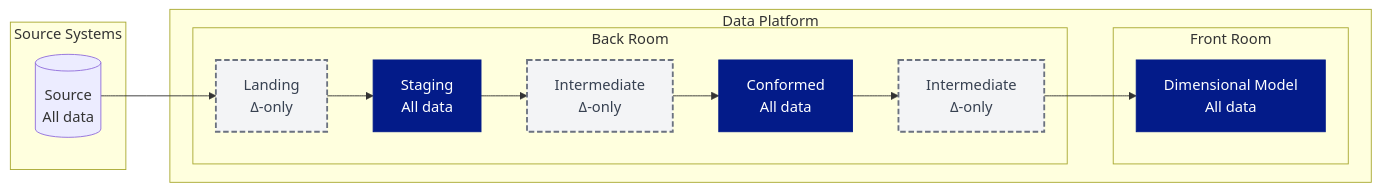
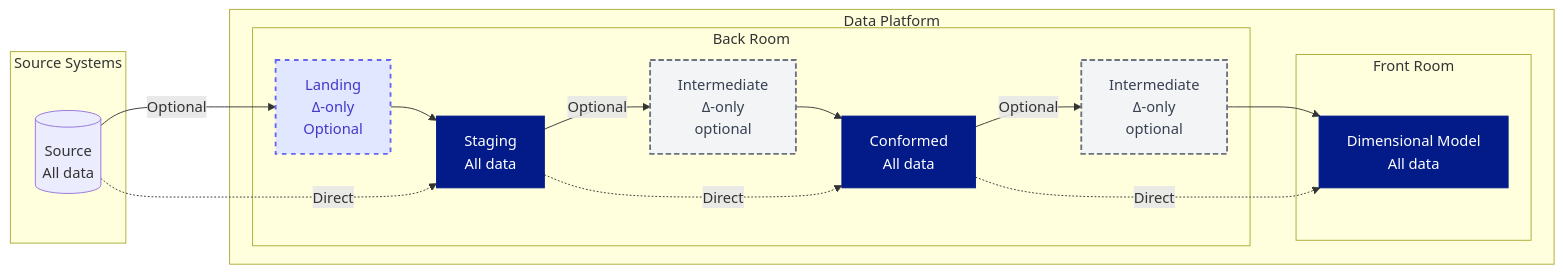
Before and after one commit to PlainsightPro/Vision-Playbook: the second of 3 diagrams in Technical Guideline Ops/Architectural Principles/Data Layers and Modeling.md, drawn with Mermaid. The commit also changed other lines of this file and 6 other files, not shown here.

````diff
--- a/Technical Guideline Ops/Architectural Principles/Data Layers and Modeling.md
+++ b/Technical Guideline Ops/Architectural Principles/Data Layers and Modeling.md
@@ -81,35 +81,39 @@
 ```mermaid
 %%{init: { "flowchart": { "useMaxWidth": true } }}%%
 graph LR
 	subgraph Source Systems
 		S[(Source<br/>All data)]
 	end
 
     subgraph Data Platform
         subgraph Back Room
-            L[Landing<br/>Δ-only]:::delta
+            L[Landing<br/>Δ-only<br/>Optional]:::optional
             B[Staging<br/>All data]:::all
-            M1[Intermediate<br/>Δ-only]:::delta
+            M1[Intermediate<br/>Δ-only<br>optional]:::delta
             CONF[Conformed<br/>All data]:::all
-            M2[Intermediate<br/>Δ-only]:::delta
+            M2[Intermediate<br/>Δ-only<br>optional]:::delta
         end
 
         subgraph Front Room
             D[Dimensional Model<br/>All data]:::all
         end
     end
 	
 %% Flows
-S --> L
+S -->|Optional| L
 L --> B
-B --> M1
+S -.->|Direct| B
+B --> |Optional|M1
 M1 --> CONF
-CONF --> M2
+B -.-> |Direct|CONF
+CONF --> |Optional|M2
 M2 --> D
+CONF -.-> |Direct|D
 
 
 %% Node styles
 classDef delta fill:#F3F4F6,stroke:#6B7280,stroke-width:2px,stroke-dasharray:6 3,color:#374151;
 classDef all fill:#031B89,stroke:#031B89,stroke-width:1px,color:#FFFFFF;
+classDef optional fill:#E0E7FF,stroke:#6366F1,stroke-width:2px,stroke-dasharray:5 5,color:#4338CA;
 class A,C blueBox;
 ```
````
